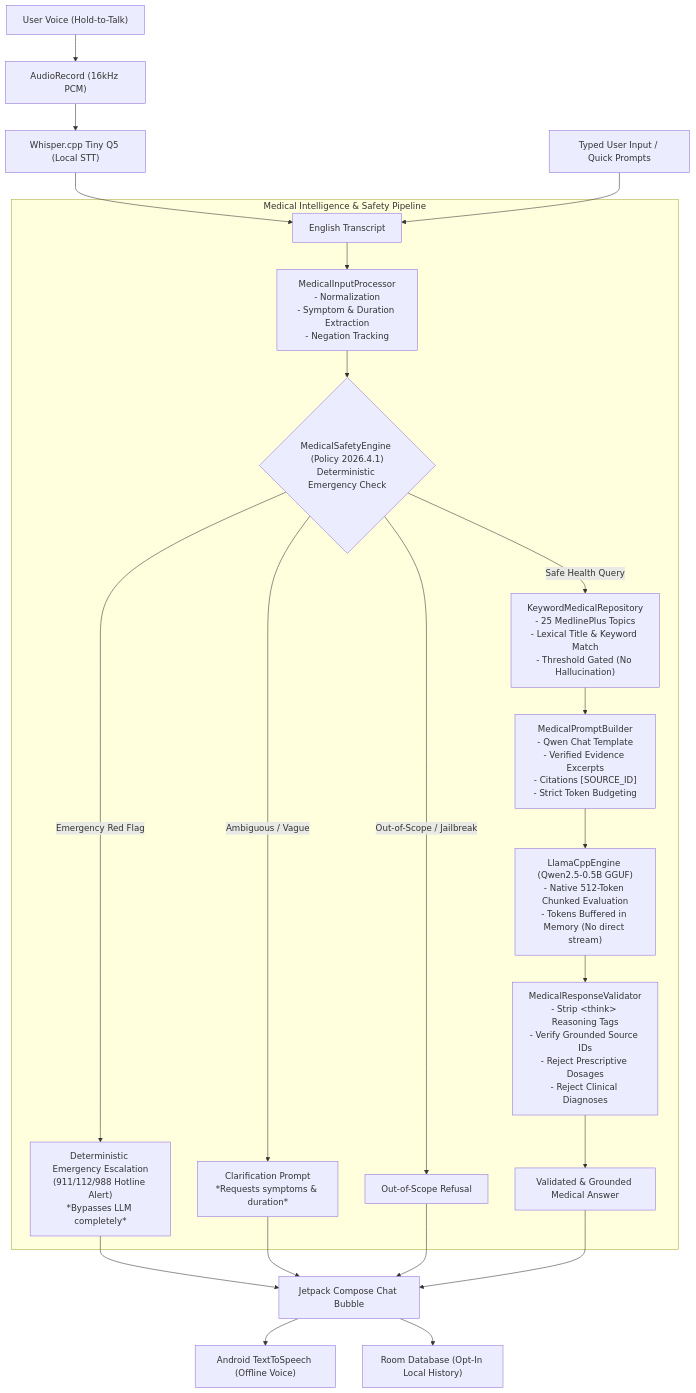
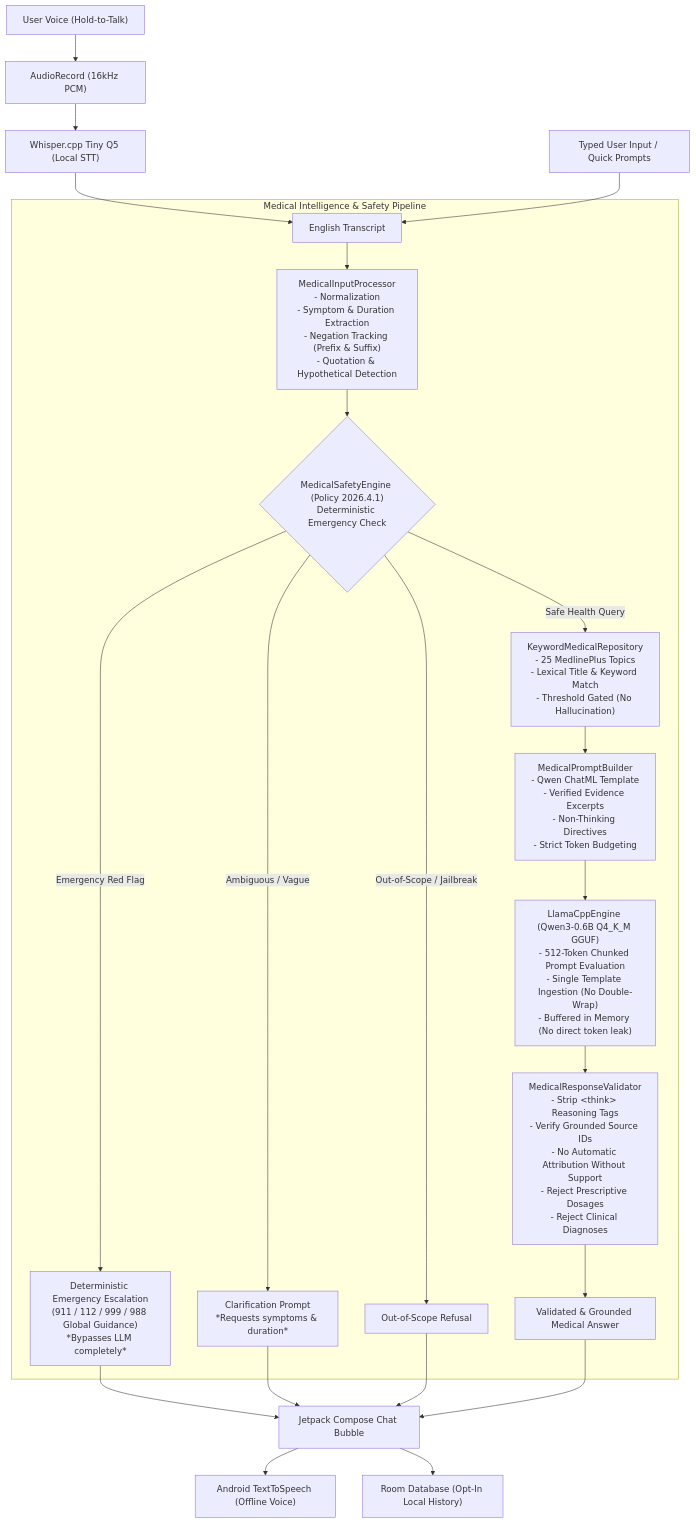
One commit to shanmukhdatta/Voice_Doc_AI changed the diagram in PHASE4_IMPLEMENTATION.md. Above: the diagram before and after it, drawn with Mermaid. The commit also changed other lines of this file and 21 other files, not shown here.

Commit message:
fix(phase4): complete Phase 4 correction pass for prompt formatting, validator grounding, knowledge audit, and safety rules

````diff
--- a/PHASE4_IMPLEMENTATION.md
+++ b/PHASE4_IMPLEMENTATION.md
@@ -18,29 +18,29 @@
 ```mermaid
 flowchart TD
     UserVoice["User Voice (Hold-to-Talk)"] --> AudioRec["AudioRecord (16kHz PCM)"]
     AudioRec --> WhisperCpp["Whisper.cpp Tiny Q5 (Local STT)"]
     WhisperCpp --> Transcript["English Transcript"]
     UserText["Typed User Input / Quick Prompts"] --> Transcript
 
     subgraph MedicalIntelligence ["Medical Intelligence & Safety Pipeline"]
-        Transcript --> InputProc["MedicalInputProcessor<br/>- Normalization<br/>- Symptom & Duration Extraction<br/>- Negation Tracking"]
+        Transcript --> InputProc["MedicalInputProcessor<br/>- Normalization<br/>- Symptom & Duration Extraction<br/>- Negation Tracking (Prefix & Suffix)<br/>- Quotation & Hypothetical Detection"]
         InputProc --> SafetyEngine{"MedicalSafetyEngine (Policy 2026.4.1)<br/>Deterministic Emergency Check"}
         
-        SafetyEngine -->|Emergency Red Flag| EscalationReply["Deterministic Emergency Escalation<br/>(911/112/988 Hotline Alert)<br/>*Bypasses LLM completely*"]
+        SafetyEngine -->|Emergency Red Flag| EscalationReply["Deterministic Emergency Escalation<br/>(911 / 112 / 999 / 988 Global Guidance)<br/>*Bypasses LLM completely*"]
         SafetyEngine -->|Ambiguous / Vague| ClarifyReply["Clarification Prompt<br/>*Requests symptoms & duration*"]
         SafetyEngine -->|Out-of-Scope / Jailbreak| ScopeReply["Out-of-Scope Refusal"]
         
         SafetyEngine -->|Safe Health Query| KnowledgeRepo["KeywordMedicalRepository<br/>- 25 MedlinePlus Topics<br/>- Lexical Title & Keyword Match<br/>- Threshold Gated (No Hallucination)"]
-        KnowledgeRepo --> PromptBuilder["MedicalPromptBuilder<br/>- Qwen Chat Template<br/>- Verified Evidence Excerpts<br/>- Citations [SOURCE_ID]<br/>- Strict Token Budgeting"]
-        PromptBuilder --> LlamaEngine["LlamaCppEngine (Qwen2.5-0.5B GGUF)<br/>- Native 512-Token Chunked Evaluation<br/>- Tokens Buffered in Memory (No direct stream)"]
-        LlamaEngine --> OutputValidator["MedicalResponseValidator<br/>- Strip &lt;think&gt; Reasoning Tags<br/>- Verify Grounded Source IDs<br/>- Reject Prescriptive Dosages<br/>- Reject Clinical Diagnoses"]
+        KnowledgeRepo --> PromptBuilder["MedicalPromptBuilder<br/>- Qwen ChatML Template<br/>- Verified Evidence Excerpts<br/>- Non-Thinking Directives<br/>- Strict Token Budgeting"]
+        PromptBuilder --> LlamaEngine["LlamaCppEngine (Qwen3-0.6B Q4_K_M GGUF)<br/>- 512-Token Chunked Prompt Evaluation<br/>- Single Template Ingestion (No Double-Wrap)<br/>- Buffered in Memory (No direct token leak)"]
+        LlamaEngine --> OutputValidator["MedicalResponseValidator<br/>- Strip &lt;think&gt; Reasoning Tags<br/>- Verify Grounded Source IDs<br/>- No Automatic Attribution Without Support<br/>- Reject Prescriptive Dosages<br/>- Reject Clinical Diagnoses"]
         OutputValidator --> ApprovedAnswer["Validated & Grounded Medical Answer"]
     end
 
     EscalationReply --> UI["Jetpack Compose Chat Bubble"]
     ClarifyReply --> UI
     ScopeReply --> UI
     ApprovedAnswer --> UI
     UI --> TTS["Android TextToSpeech (Offline Voice)"]
     UI --> RoomDB["Room Database (Opt-In Local History)"]
 ```
````
